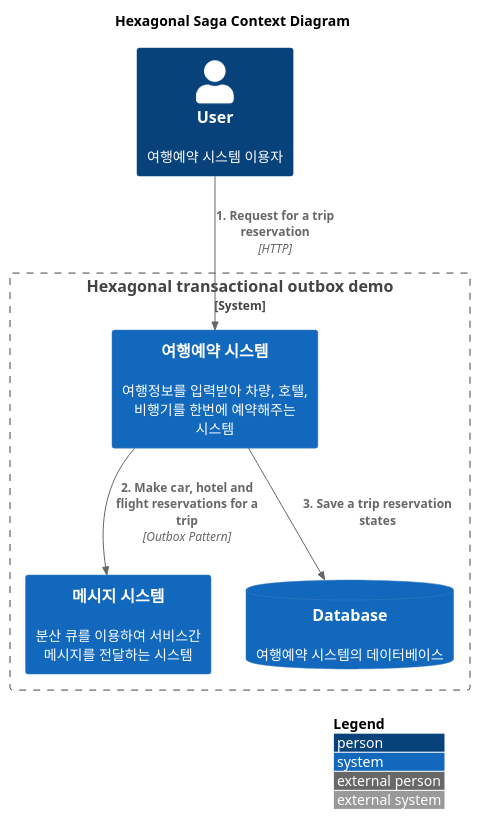
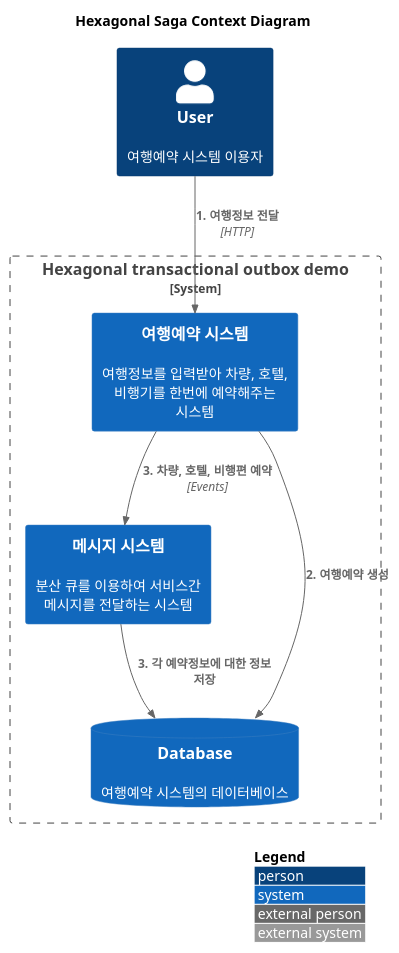
Before and after one commit to haandol/hexagonal-saga-architecture: the diagram in docs/c4/context.puml, drawn with PlantUML.

Commit message:
update context diagram

```diff
--- a/docs/c4/context.puml
+++ b/docs/c4/context.puml
@@ -1,21 +1,22 @@
 @startuml saga-context
 
 !include <c4/C4_Context.puml>  
 
 LAYOUT_WITH_LEGEND()
 
 title Hexagonal Saga Context Diagram
 
 Person(client, "User", "여행예약 시스템 이용자")
 
 System_Boundary(b0, "Hexagonal transactional outbox demo") {
   System(saga, "여행예약 시스템", "여행정보를 입력받아 차량, 호텔, 비행기를 한번에 예약해주는 시스템")
   System(relay, "메시지 시스템", "분산 큐를 이용하여 서비스간 메시지를 전달하는 시스템")
   SystemDb(db, "Database", "여행예약 시스템의 데이터베이스")
 }
 
-Rel(client, saga, "1. Request for a trip reservation", "HTTP")
-Rel(saga, relay, "2. Make car, hotel and flight reservations for a trip", "Outbox Pattern")
-Rel(saga, db, "3. Save a trip reservation states")
+Rel(client, saga, "1. 여행정보 전달", "HTTP")
+Rel(saga, db, "2. 여행예약 생성")
+Rel(saga, relay, "3. 차량, 호텔, 비행편 예약", "Events")
+Rel(relay, db, "3. 각 예약정보에 대한 정보 저장")
 
 @enduml
```
